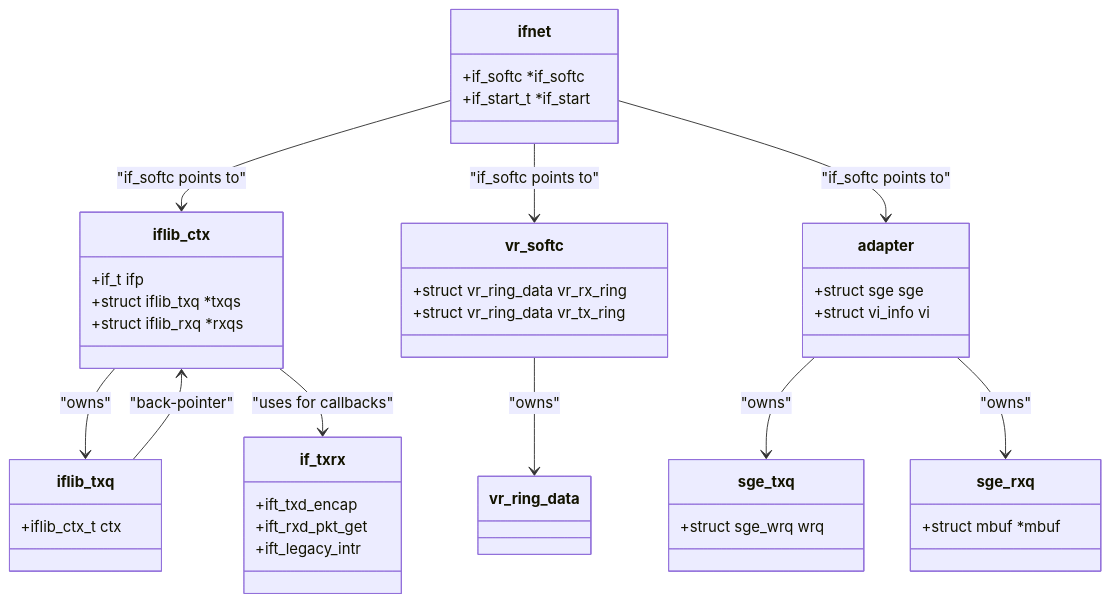
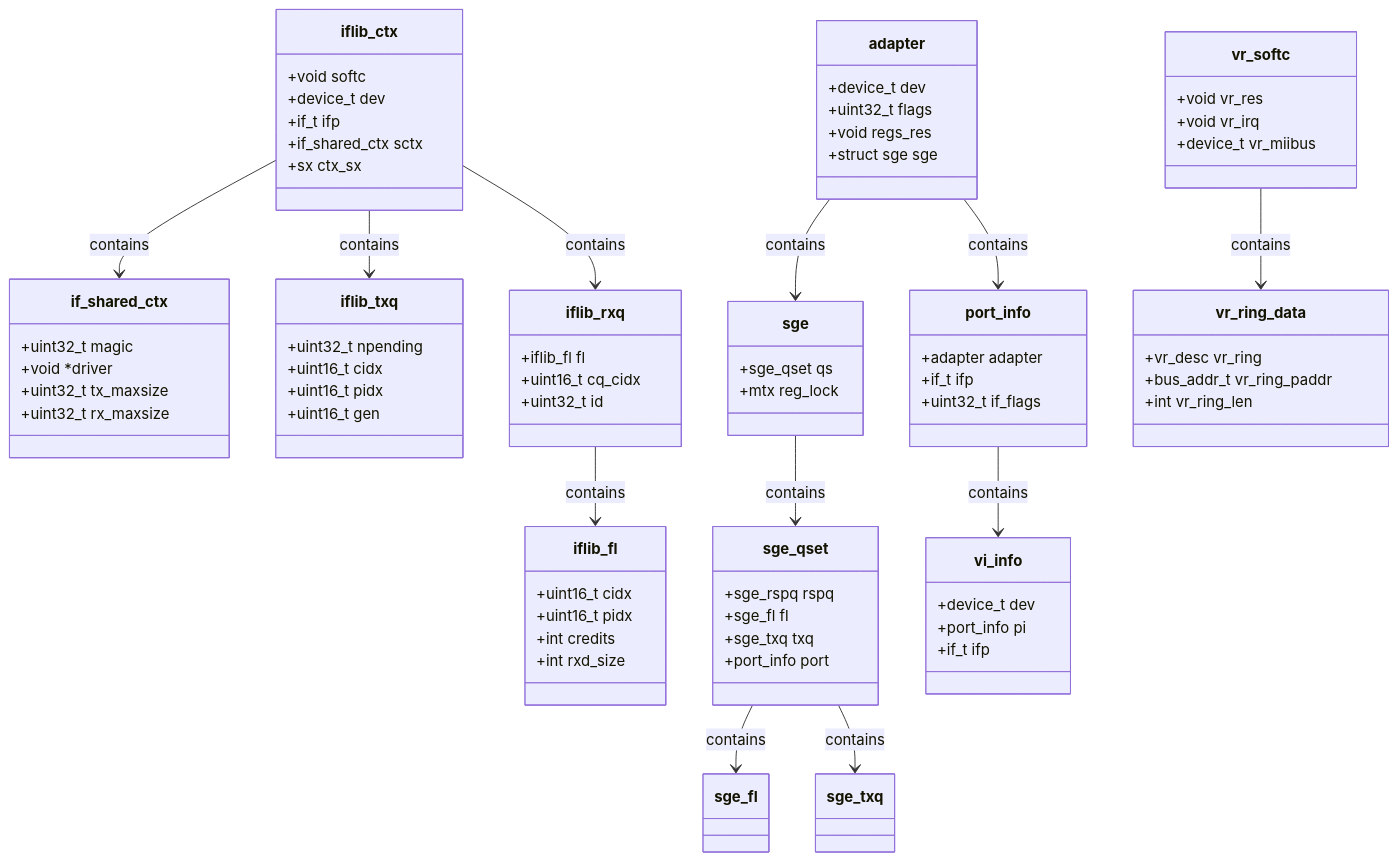
One commit to ocochard/freebsd-src changed the diagram in sys/dev/README_nic_drivers.md. Above: the diagram before and after it, drawn with Mermaid. The commit also changed other lines of this file and 25 other files, not shown here.

````diff
--- a/sys/dev/README_nic_drivers.md
+++ b/sys/dev/README_nic_drivers.md
@@ -135,53 +585,92 @@
 ```mermaid
 classDiagram
-    class ifnet {
-        +if_softc *if_softc
-        +if_start_t *if_start
+    class iflib_ctx {
+        +void softc
+        +device_t dev
+        +if_t ifp
+        +if_shared_ctx sctx
+        +sx ctx_sx
     }
 
-    class iflib_ctx {
-        +if_t ifp
-        +struct iflib_txq *txqs
-        +struct iflib_rxq *rxqs
-    }
-
-    class if_txrx {
-        +ift_txd_encap
-        +ift_rxd_pkt_get
-        +ift_legacy_intr
+    class if_shared_ctx {
+        +uint32_t magic
+        +void *driver
+        +uint32_t tx_maxsize
+        +uint32_t rx_maxsize
     }
 
     class iflib_txq {
-        +iflib_ctx_t ctx
+        +uint32_t npending
+        +uint16_t cidx
+        +uint16_t pidx
+        +uint16_t gen
+    }
+
+    class iflib_rxq {
+        +iflib_fl fl
+        +uint16_t cq_cidx
+        +uint32_t id
+    }
+
+    class iflib_fl {
+        +uint16_t cidx
+        +uint16_t pidx
+        +int credits
+        +int rxd_size
+    }
+
+    class adapter {
+        +device_t dev
+        +uint32_t flags
+        +void regs_res
+        +struct sge sge
+    }
+
+    class sge {
+        +sge_qset qs
+        +mtx reg_lock
+    }
+
+    class sge_qset {
+        +sge_rspq rspq
+        +sge_fl fl
+        +sge_txq txq
+        +port_info port
+    }
+
+    class port_info {
+        +adapter adapter
+        +if_t ifp
+        +uint32_t if_flags
+    }
+
+    class vi_info {
+        +device_t dev
+        +port_info pi
+        +if_t ifp
     }
 
     class vr_softc {
-        +struct vr_ring_data vr_rx_ring
-        +struct vr_ring_data vr_tx_ring
+        +void vr_res
+        +void vr_irq
+        +device_t vr_miibus
     }
 
-    class adapter {
-        +struct sge sge
-        +struct vi_info vi
+    class vr_ring_data {
+        +vr_desc vr_ring
+        +bus_addr_t vr_ring_paddr
+        +int vr_ring_len
     }
 
-    class sge_txq {
-        +struct sge_wrq wrq
-    }
-
-    class sge_rxq {
-        +struct mbuf *mbuf
-    }
-
-    ifnet --> iflib_ctx : "if_softc points to"
-    iflib_ctx --> iflib_txq : "owns"
-    iflib_ctx --> if_txrx : "uses for callbacks"
-    iflib_txq --> iflib_ctx : "back-pointer"
-
-    ifnet --> vr_softc : "if_softc points to"
-    vr_softc --> vr_ring_data : "owns"
-
-    ifnet --> adapter : "if_softc points to"
-    adapter --> sge_txq : "owns"
-    adapter --> sge_rxq : "owns"
+    iflib_ctx --> if_shared_ctx : contains
+    iflib_ctx --> iflib_txq : contains
+    iflib_ctx --> iflib_rxq : contains
+    iflib_rxq --> iflib_fl : contains
+    adapter --> sge : contains
+    adapter --> port_info : contains
+    sge --> sge_qset : contains
+    sge_qset --> sge_fl : contains
+    sge_qset --> sge_txq : contains
+    port_info --> vi_info : contains
+    vr_softc --> vr_ring_data : contains
 ```
````
